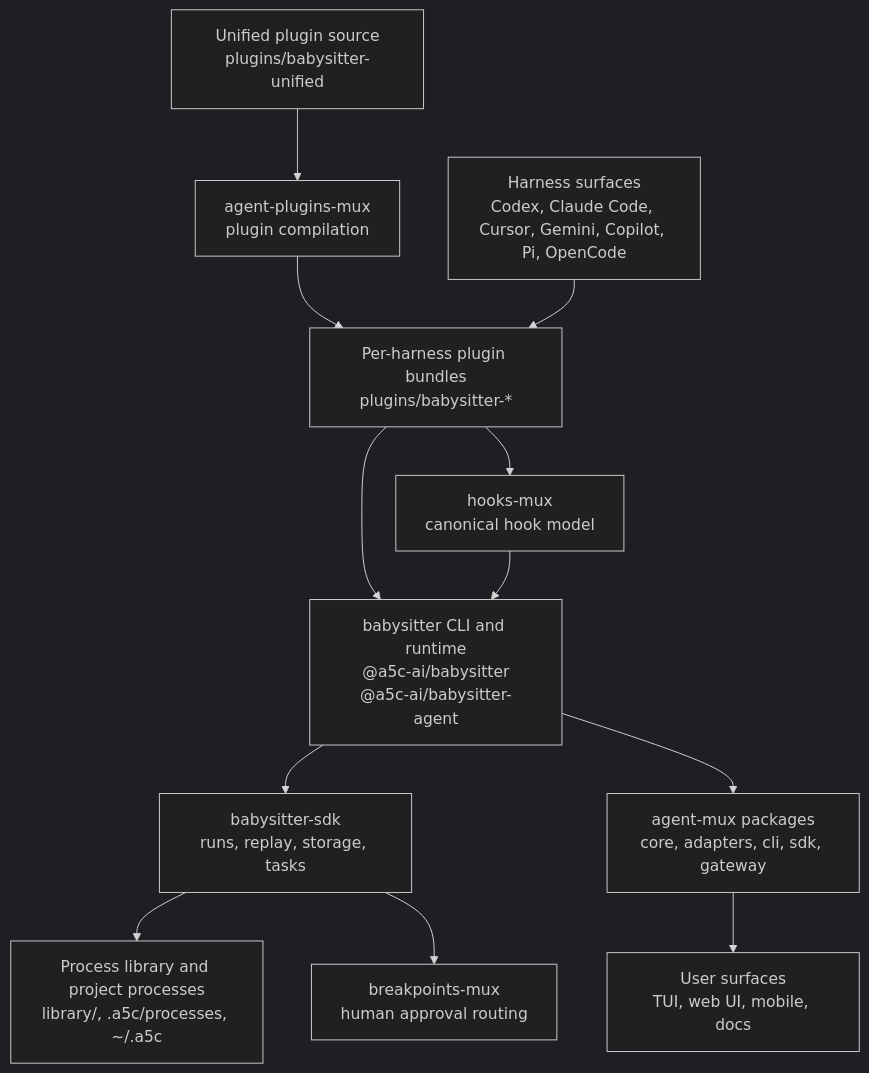
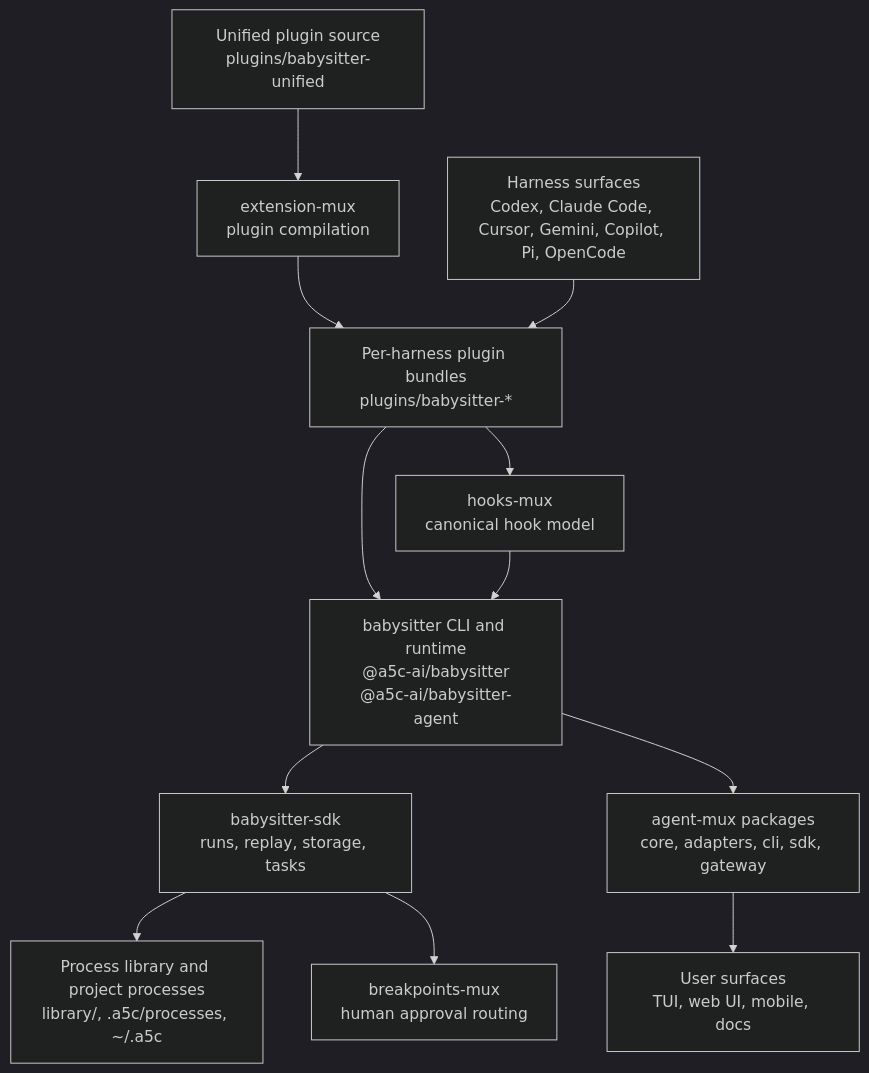
The diagram in docs/v6-spec-and-roadmap/unified-stack-architecture.md (danielkman/babysitter), drawn with Mermaid (dark theme) before and after one commit. The commit also changed other lines of this file and 131 other files, not shown here.

First line of the commit message:
refactor: rename agent-plugins-mux → extension-mux

````diff
--- a/docs/v6-spec-and-roadmap/unified-stack-architecture.md
+++ b/docs/v6-spec-and-roadmap/unified-stack-architecture.md
@@ -23,26 +23,26 @@
 ```mermaid
 flowchart TD
   H[Harness surfaces<br/>Codex, Claude Code, Cursor, Gemini, Copilot, Pi, OpenCode]
   U[Unified plugin source<br/>plugins/babysitter-unified]
   P[Per-harness plugin bundles<br/>plugins/babysitter-*]
   HM[hooks-mux<br/>canonical hook model]
   CLI[babysitter CLI and runtime<br/>@a5c-ai/babysitter<br/>@a5c-ai/babysitter-agent]
   SDK[babysitter-sdk<br/>runs, replay, storage, tasks]
   LIB[Process library and project processes<br/>library/, .a5c/processes, ~/.a5c]
   BP[breakpoints-mux<br/>human approval routing]
-  APM[agent-plugins-mux<br/>plugin compilation]
+  APM[extension-mux<br/>plugin compilation]
   AMUX[agent-mux packages<br/>core, adapters, cli, sdk, gateway]
   UI[User surfaces<br/>TUI, web UI, mobile, docs]
 
   U --> APM
   APM --> P
   H --> P
   P --> HM
   P --> CLI
   HM --> CLI
   CLI --> SDK
   SDK --> LIB
   SDK --> BP
   CLI --> AMUX
   AMUX --> UI
 ```
````
